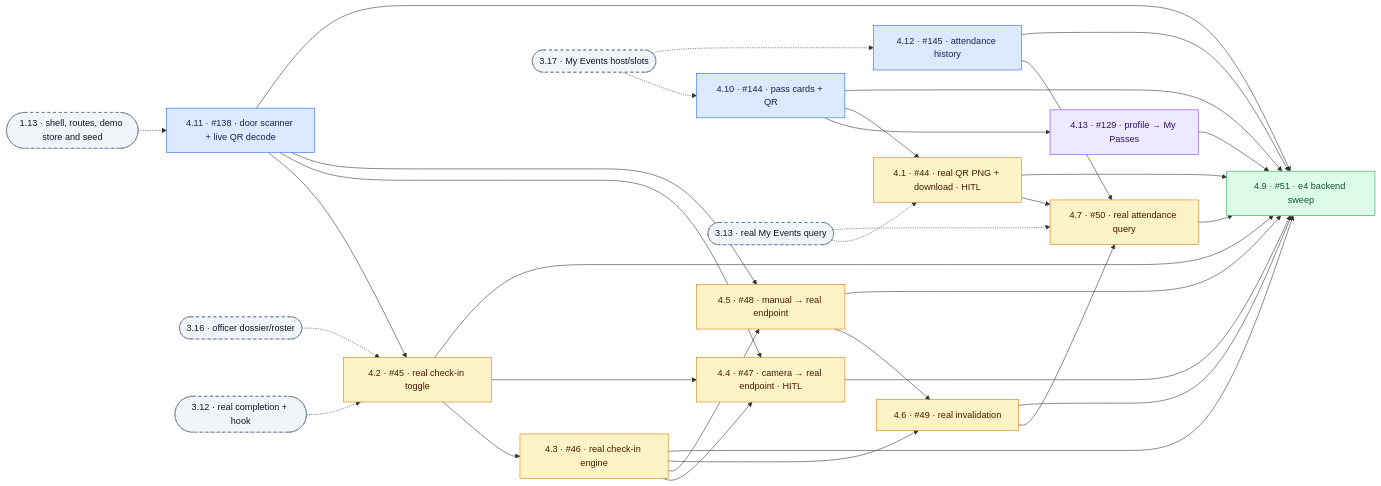
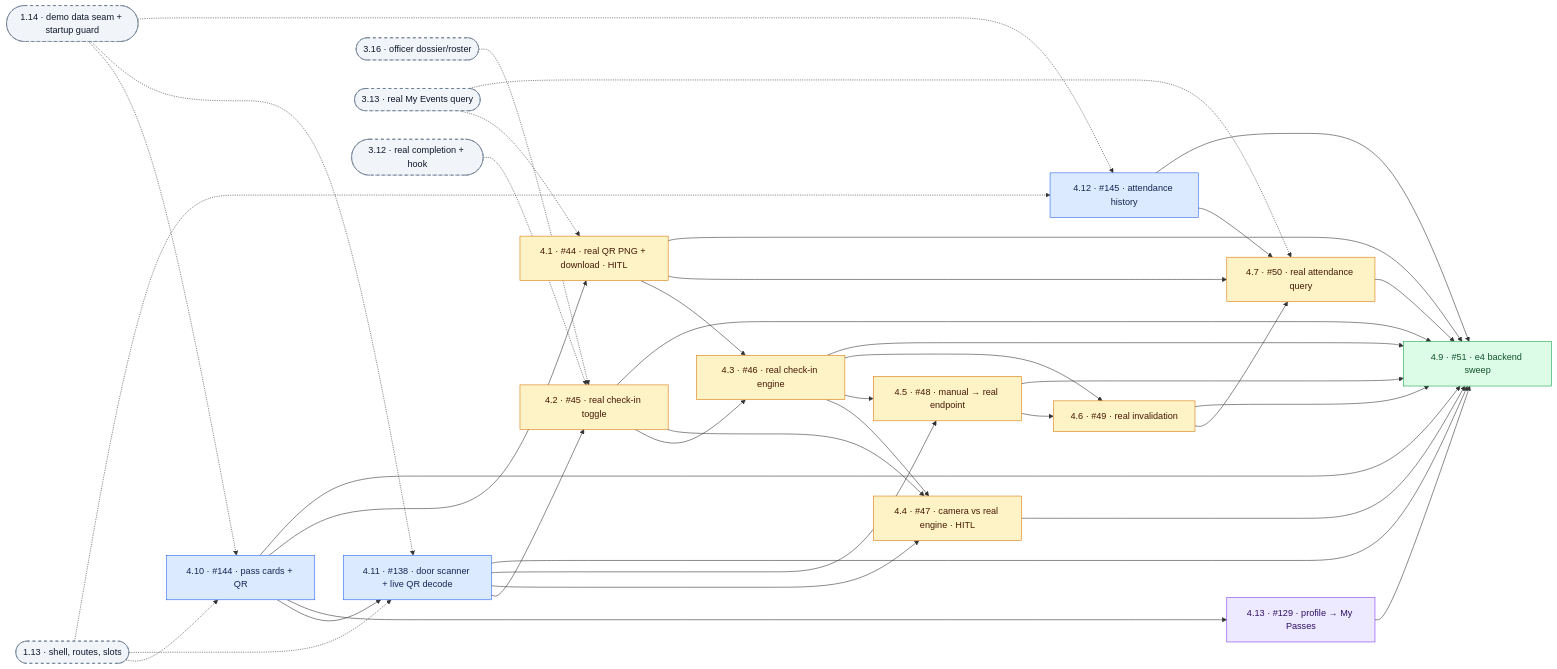
Before and after one commit to skaarfundgandr/attendta: the sixth of 10 diagrams in _bmad-output/initiative-attendta/dependency-graphs-demo-first.md, drawn with Mermaid. The commit also changed other lines of this file and 60 other files, not shown here.

````diff
--- a/_bmad-output/initiative-attendta/dependency-graphs-demo-first.md
+++ b/_bmad-output/initiative-attendta/dependency-graphs-demo-first.md
@@ -268,57 +293,62 @@
 ```mermaid
 flowchart LR
+  t4_10["4.10 · #144 · pass cards + QR"]:::critical
   t4_11["4.11 · #138 · door scanner + live QR decode"]:::critical
-  t4_10["4.10 · #144 · pass cards + QR"]:::critical
   t4_12["4.12 · #145 · attendance history"]:::critical
   t4_13["4.13 · #129 · profile → My Passes"]:::polish
   t4_1["4.1 · #44 · real QR PNG + download · HITL"]:::integration
   t4_2["4.2 · #45 · real check-in toggle"]:::integration
   t4_3["4.3 · #46 · real check-in engine"]:::integration
-  t4_4["4.4 · #47 · camera → real endpoint · HITL"]:::integration
+  t4_4["4.4 · #47 · camera vs real engine · HITL"]:::integration
   t4_5["4.5 · #48 · manual → real endpoint"]:::integration
   t4_6["4.6 · #49 · real invalidation"]:::integration
   t4_7["4.7 · #50 · real attendance query"]:::integration
   t4_9["4.9 · #51 · e4 backend sweep"]:::finale
-  xt1_13(["1.13 · shell, routes, demo store and seed"]):::ext
+  xt1_13(["1.13 · shell, routes, slots"]):::ext
+  xt1_14(["1.14 · demo data seam + startup guard"]):::ext
   xt3_16(["3.16 · officer dossier/roster"]):::ext
-  xt3_17(["3.17 · My Events host/slots"]):::ext
   xt3_13(["3.13 · real My Events query"]):::ext
   xt3_12(["3.12 · real completion + hook"]):::ext
+  xt1_13 -.-> t4_10
   xt1_13 -.-> t4_11
+  xt1_13 -.-> t4_12
+  xt1_14 -.-> t4_10
+  xt1_14 -.-> t4_11
+  xt1_14 -.-> t4_12
   xt3_16 -.-> t4_2
-  xt3_17 -.-> t4_10
-  xt3_17 -.-> t4_12
+  t4_10 --> t4_11
+  t4_10 --> t4_13
+  t4_10 --> t4_1
+  t4_10 --> t4_9
   t4_11 --> t4_2
   t4_11 --> t4_4
   t4_11 --> t4_5
   t4_11 --> t4_9
-  t4_10 --> t4_13
-  t4_10 --> t4_1
-  t4_10 --> t4_9
   t4_12 --> t4_7
   t4_12 --> t4_9
   t4_13 --> t4_9
   xt3_13 -.-> t4_1
   xt3_13 -.-> t4_7
   xt3_12 -.-> t4_2
+  t4_1 --> t4_3
   t4_1 --> t4_7
   t4_1 --> t4_9
   t4_2 --> t4_3
   t4_2 --> t4_4
   t4_2 --> t4_9
   t4_3 --> t4_4
   t4_3 --> t4_5
   t4_3 --> t4_6
   t4_3 --> t4_9
   t4_4 --> t4_9
   t4_5 --> t4_6
   t4_5 --> t4_9
   t4_6 --> t4_7
   t4_6 --> t4_9
   t4_7 --> t4_9
   classDef critical fill:#dbeafe,stroke:#2563eb,color:#172554
   classDef polish fill:#ede9fe,stroke:#7c3aed,color:#2e1065
   classDef integration fill:#fef3c7,stroke:#d97706,color:#451a03
   classDef finale fill:#dcfce7,stroke:#16a34a,color:#14532d
   classDef ext fill:#f1f5f9,stroke:#64748b,color:#0f172a,stroke-dasharray:5 5
 ```
````
